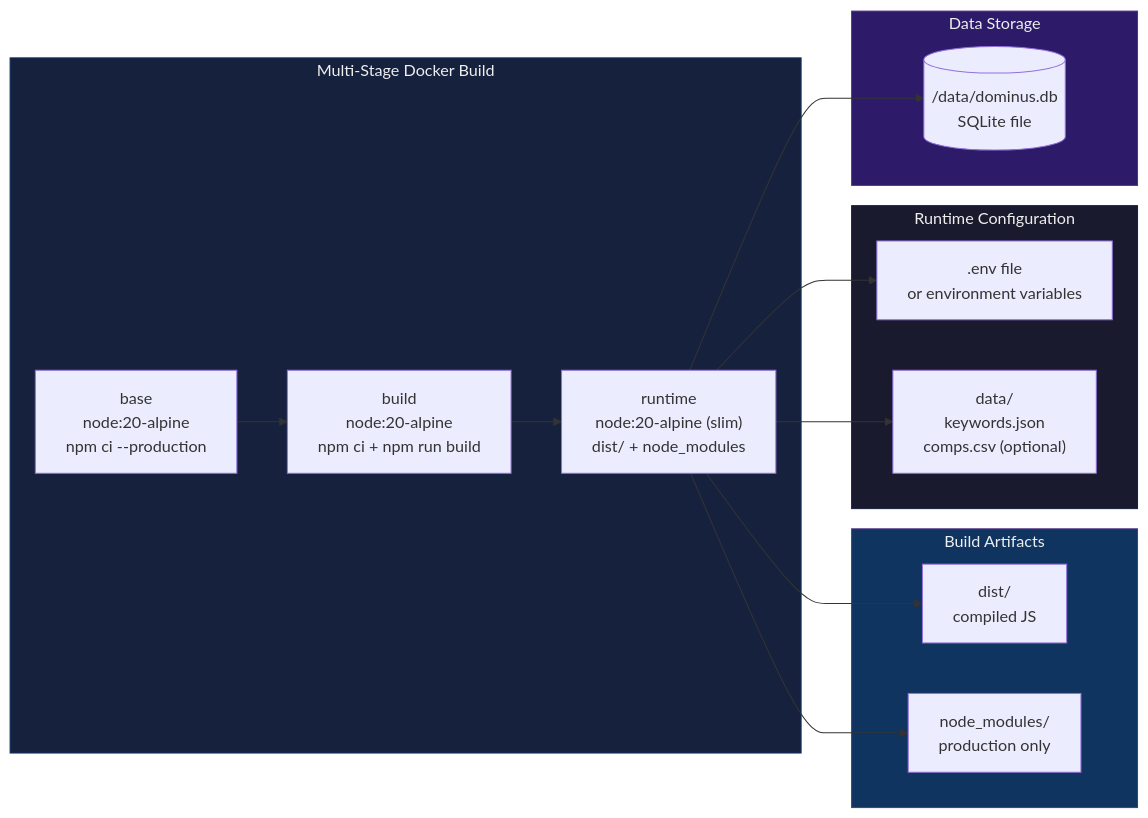
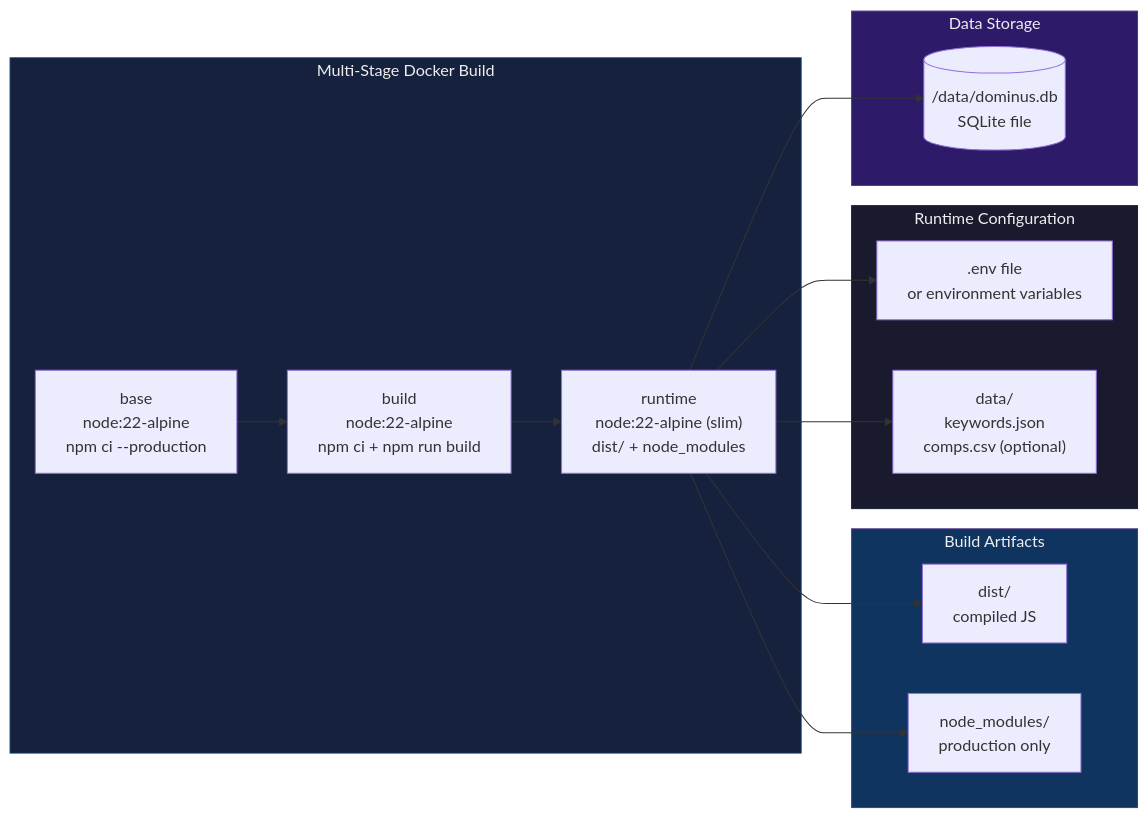
Before and after one commit to AlessioBrillo/dominus: the first of 3 diagrams in docs/diagrams/deployment.md, drawn with Mermaid. The commit also changed 4 other files, not shown here.

First line of the commit message:
docs: sync versions, roadmap checkboxes, ADR registry note (#296)

````diff
--- a/docs/diagrams/deployment.md
+++ b/docs/diagrams/deployment.md
@@ -5,35 +5,35 @@
 ```mermaid
 flowchart LR
     subgraph Build[Multi-Stage Docker Build]
-        BASE["base<br/>node:20-alpine<br/>npm ci --production"]
-        BUILD["build<br/>node:20-alpine<br/>npm ci + npm run build"]
-        RUNTIME["runtime<br/>node:20-alpine (slim)<br/>dist/ + node_modules"]
+        BASE["base<br/>node:22-alpine<br/>npm ci --production"]
+        BUILD["build<br/>node:22-alpine<br/>npm ci + npm run build"]
+        RUNTIME["runtime<br/>node:22-alpine (slim)<br/>dist/ + node_modules"]
     end
 
     subgraph Artifacts[Build Artifacts]
         DIST["dist/<br/>compiled JS"]
         PROD_DEPS["node_modules/<br/>production only"]
     end
 
     subgraph Config[Runtime Configuration]
         ENV[".env file<br/>or environment variables"]
         DATA["data/<br/>keywords.json<br/>comps.csv (optional)"]
     end
 
     subgraph Storage[Data Storage]
         SQLITE[("/data/dominus.db<br/>SQLite file")]
     end
 
     BASE --> BUILD
     BUILD --> RUNTIME
     RUNTIME --> DIST
     RUNTIME --> PROD_DEPS
     RUNTIME --> ENV
     RUNTIME --> DATA
     RUNTIME --> SQLITE
 
     style Build fill:#16213e,stroke:#0f3460,color:#eee
     style Artifacts fill:#0f3460,stroke:#533483,color:#eee
     style Config fill:#1a1a2e,stroke:#16213e,color:#eee
     style Storage fill:#2d1b69,stroke:#533483,color:#eee
 ```
````
